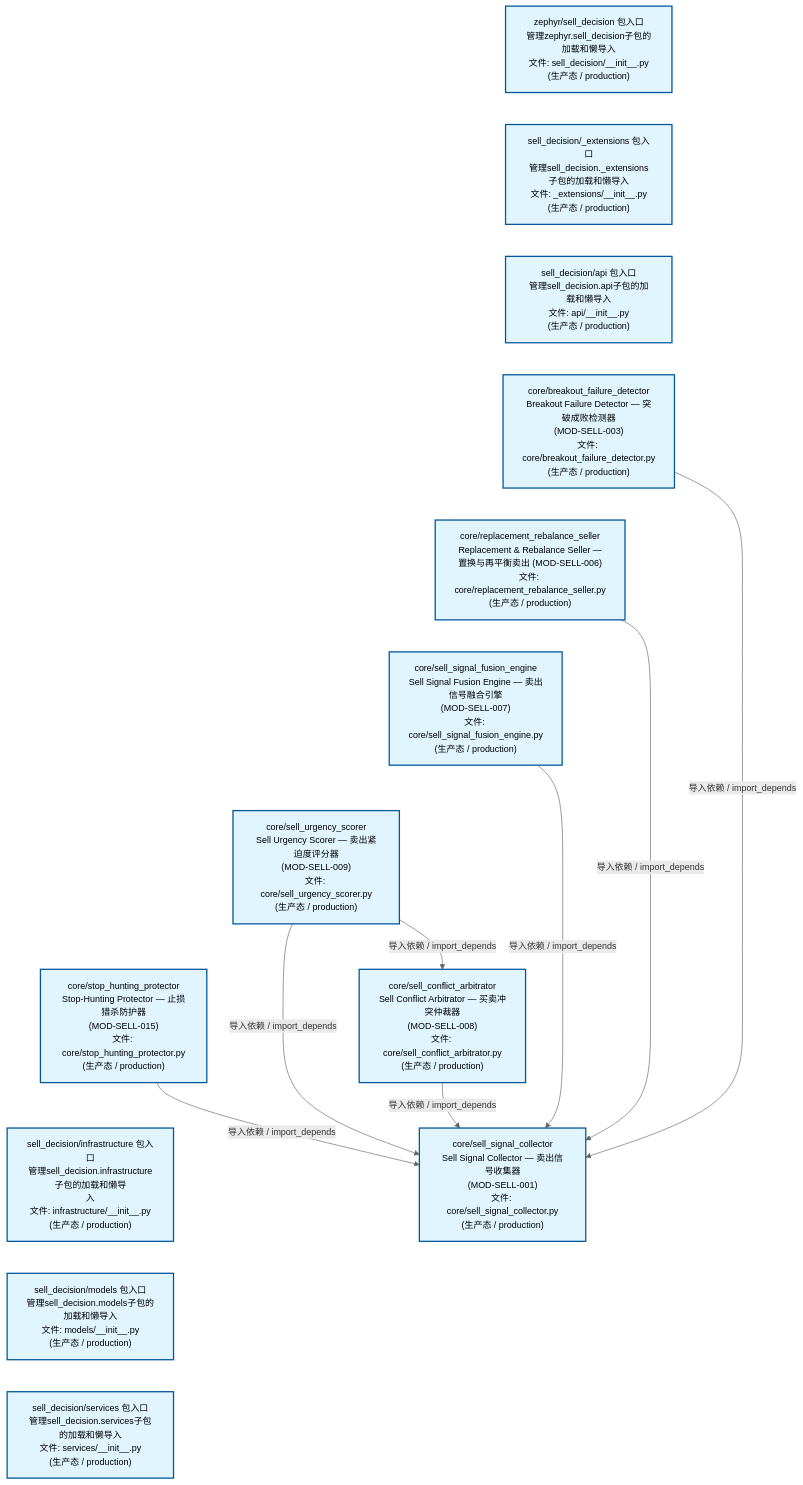
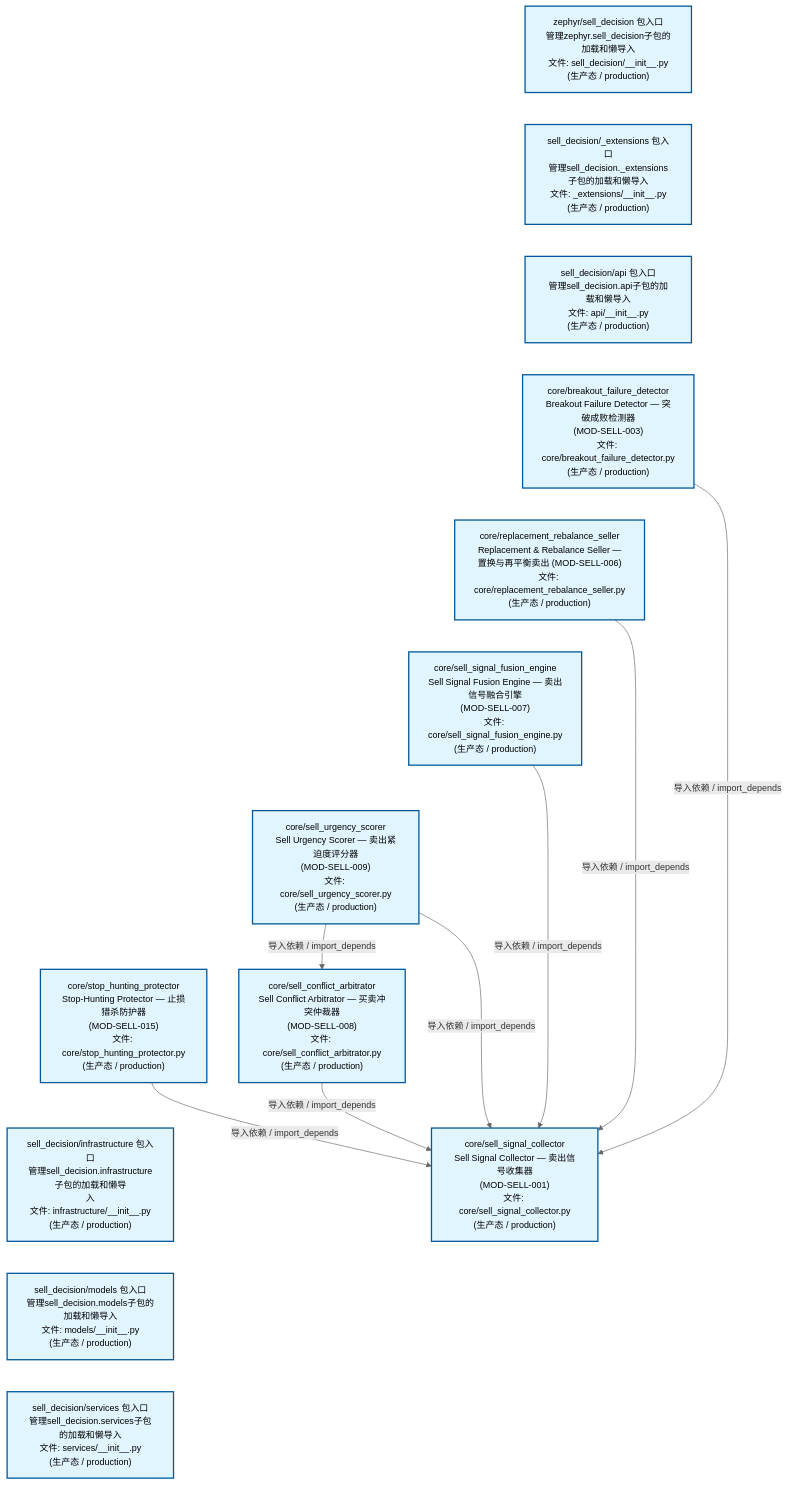
Before and after one commit to xuanFelixVan/ZephyrAlpha: the second of 4 diagrams in docs/02_enterprise_architecture/02_domain_architecture_docs/67_d_sell_decision.md, drawn with Mermaid. The commit also changed other lines of this file and 46 other files, not shown here.

````diff
--- a/docs/02_enterprise_architecture/02_domain_architecture_docs/67_d_sell_decision.md
+++ b/docs/02_enterprise_architecture/02_domain_architecture_docs/67_d_sell_decision.md
@@ -145,39 +145,39 @@
 ```mermaid
 %%{init: {'theme': 'base', 'themeVariables': {'primaryColor': '#eaeaea', 'primaryTextColor': '#333333', 'primaryBorderColor': '#666666', 'lineColor': '#666666', 'secondaryColor': '#eaeaea', 'tertiaryColor': '#eaeaea', 'fontSize': '14px'}}}%%
 flowchart TD
     src_zephyr_sell_decision_init_py["zephyr/sell_decision 包入口<br/>管理zephyr.sell_decision子包的加载和懒导入<br/>文件: sell_decision/__init__.py<br/>(生产态 / production)"]
     src_zephyr_sell_decision_extensions_init_py["sell_decision/_extensions 包入口<br/>管理sell_decision._extensions子包的加载和懒导入<br/>文件: _extensions/__init__.py<br/>(生产态 / production)"]
     src_zephyr_sell_decision_api_init_py["sell_decision/api 包入口<br/>管理sell_decision.api子包的加载和懒导入<br/>文件: api/__init__.py<br/>(生产态 / production)"]
     src_zephyr_sell_decision_core_breakout_failure_detector_py["core/breakout_failure_detector<br/>Breakout Failure Detector — 突破成败检测器<br/>(MOD-SELL-003)<br/>文件: core/breakout_failure_detector.py<br/>(生产态 / production)"]
     src_zephyr_sell_decision_core_replacement_rebalance_seller_py["core/replacement_rebalance_seller<br/>Replacement & Rebalance Seller —<br/>置换与再平衡卖出 (MOD-SELL-006)<br/>文件: core/replacement_rebalance_seller.py<br/>(生产态 / production)"]
     src_zephyr_sell_decision_core_sell_signal_fusion_engine_py["core/sell_signal_fusion_engine<br/>Sell Signal Fusion Engine — 卖出信号融合引擎<br/>(MOD-SELL-007)<br/>文件: core/sell_signal_fusion_engine.py<br/>(生产态 / production)"]
     src_zephyr_sell_decision_core_sell_urgency_scorer_py["core/sell_urgency_scorer<br/>Sell Urgency Scorer — 卖出紧迫度评分器<br/>(MOD-SELL-009)<br/>文件: core/sell_urgency_scorer.py<br/>(生产态 / production)"]
     src_zephyr_sell_decision_core_stop_hunting_protector_py["core/stop_hunting_protector<br/>Stop-Hunting Protector — 止损猎杀防护器<br/>(MOD-SELL-015)<br/>文件: core/stop_hunting_protector.py<br/>(生产态 / production)"]
     src_zephyr_sell_decision_infrastructure_init_py["sell_decision/infrastructure 包入口<br/>管理sell_decision.infrastructure子包的加载和懒导<br/>入<br/>文件: infrastructure/__init__.py<br/>(生产态 / production)"]
     src_zephyr_sell_decision_models_init_py["sell_decision/models 包入口<br/>管理sell_decision.models子包的加载和懒导入<br/>文件: models/__init__.py<br/>(生产态 / production)"]
     src_zephyr_sell_decision_services_init_py["sell_decision/services 包入口<br/>管理sell_decision.services子包的加载和懒导入<br/>文件: services/__init__.py<br/>(生产态 / production)"]
     src_zephyr_sell_decision_init_py ~~~ src_zephyr_sell_decision_extensions_init_py
     src_zephyr_sell_decision_extensions_init_py ~~~ src_zephyr_sell_decision_api_init_py
     src_zephyr_sell_decision_api_init_py ~~~ src_zephyr_sell_decision_core_breakout_failure_detector_py
     src_zephyr_sell_decision_core_breakout_failure_detector_py ~~~ src_zephyr_sell_decision_core_replacement_rebalance_seller_py
     src_zephyr_sell_decision_core_replacement_rebalance_seller_py ~~~ src_zephyr_sell_decision_core_sell_signal_fusion_engine_py
     src_zephyr_sell_decision_core_sell_signal_fusion_engine_py ~~~ src_zephyr_sell_decision_core_sell_urgency_scorer_py
     src_zephyr_sell_decision_core_sell_urgency_scorer_py ~~~ src_zephyr_sell_decision_core_stop_hunting_protector_py
     src_zephyr_sell_decision_core_stop_hunting_protector_py ~~~ src_zephyr_sell_decision_infrastructure_init_py
     src_zephyr_sell_decision_infrastructure_init_py ~~~ src_zephyr_sell_decision_models_init_py
     src_zephyr_sell_decision_models_init_py ~~~ src_zephyr_sell_decision_services_init_py
     src_zephyr_sell_decision_core_sell_conflict_arbitrator_py["core/sell_conflict_arbitrator<br/>Sell Conflict Arbitrator — 买卖冲突仲裁器<br/>(MOD-SELL-008)<br/>文件: core/sell_conflict_arbitrator.py<br/>(生产态 / production)"]
     src_zephyr_sell_decision_core_sell_signal_collector_py["core/sell_signal_collector<br/>Sell Signal Collector — 卖出信号收集器<br/>(MOD-SELL-001)<br/>文件: core/sell_signal_collector.py<br/>(生产态 / production)"]
-    src_zephyr_sell_decision_core_replacement_rebalance_seller_py -->|导入依赖 / import_depends| src_zephyr_sell_decision_core_sell_signal_collector_py
     src_zephyr_sell_decision_core_breakout_failure_detector_py -->|导入依赖 / import_depends| src_zephyr_sell_decision_core_sell_signal_collector_py
     src_zephyr_sell_decision_core_sell_signal_fusion_engine_py -->|导入依赖 / import_depends| src_zephyr_sell_decision_core_sell_signal_collector_py
+    src_zephyr_sell_decision_core_replacement_rebalance_seller_py -->|导入依赖 / import_depends| src_zephyr_sell_decision_core_sell_signal_collector_py
     src_zephyr_sell_decision_core_sell_conflict_arbitrator_py -->|导入依赖 / import_depends| src_zephyr_sell_decision_core_sell_signal_collector_py
+    src_zephyr_sell_decision_core_sell_urgency_scorer_py -->|导入依赖 / import_depends| src_zephyr_sell_decision_core_sell_conflict_arbitrator_py
     src_zephyr_sell_decision_core_sell_urgency_scorer_py -->|导入依赖 / import_depends| src_zephyr_sell_decision_core_sell_signal_collector_py
-    src_zephyr_sell_decision_core_sell_urgency_scorer_py -->|导入依赖 / import_depends| src_zephyr_sell_decision_core_sell_conflict_arbitrator_py
     src_zephyr_sell_decision_core_stop_hunting_protector_py -->|导入依赖 / import_depends| src_zephyr_sell_decision_core_sell_signal_collector_py
     classDef production fill:#e1f5fe,stroke:#01579b,stroke-width:2px,color:#000
     classDef design fill:#fff3e0,stroke:#e65100,stroke-width:2px,color:#000,stroke-dasharray: 5 5
     classDef external_prod fill:#e8f4fd,stroke:#0277bd,stroke-width:1px,color:#000
     classDef external_design fill:#fff8e7,stroke:#ef6c00,stroke-width:1px,color:#000,stroke-dasharray: 5 5
     class src_zephyr_sell_decision_init_py,src_zephyr_sell_decision_extensions_init_py,src_zephyr_sell_decision_api_init_py,src_zephyr_sell_decision_core_breakout_failure_detector_py,src_zephyr_sell_decision_core_replacement_rebalance_seller_py,src_zephyr_sell_decision_core_sell_conflict_arbitrator_py,src_zephyr_sell_decision_core_sell_signal_collector_py,src_zephyr_sell_decision_core_sell_signal_fusion_engine_py,src_zephyr_sell_decision_core_sell_urgency_scorer_py,src_zephyr_sell_decision_core_stop_hunting_protector_py,src_zephyr_sell_decision_infrastructure_init_py,src_zephyr_sell_decision_models_init_py,src_zephyr_sell_decision_services_init_py production
 ```
````
